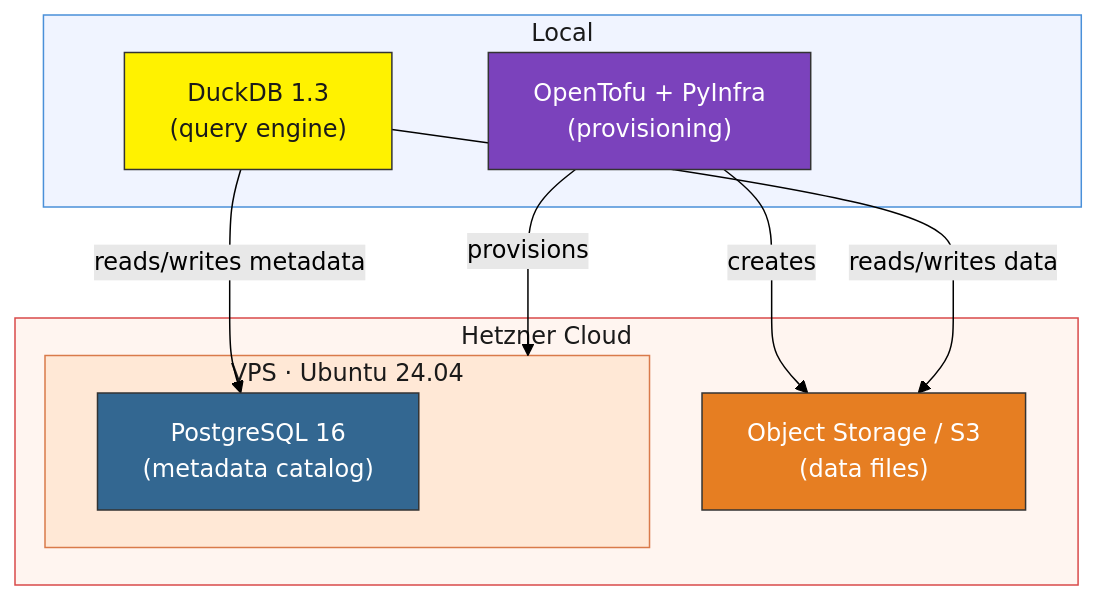
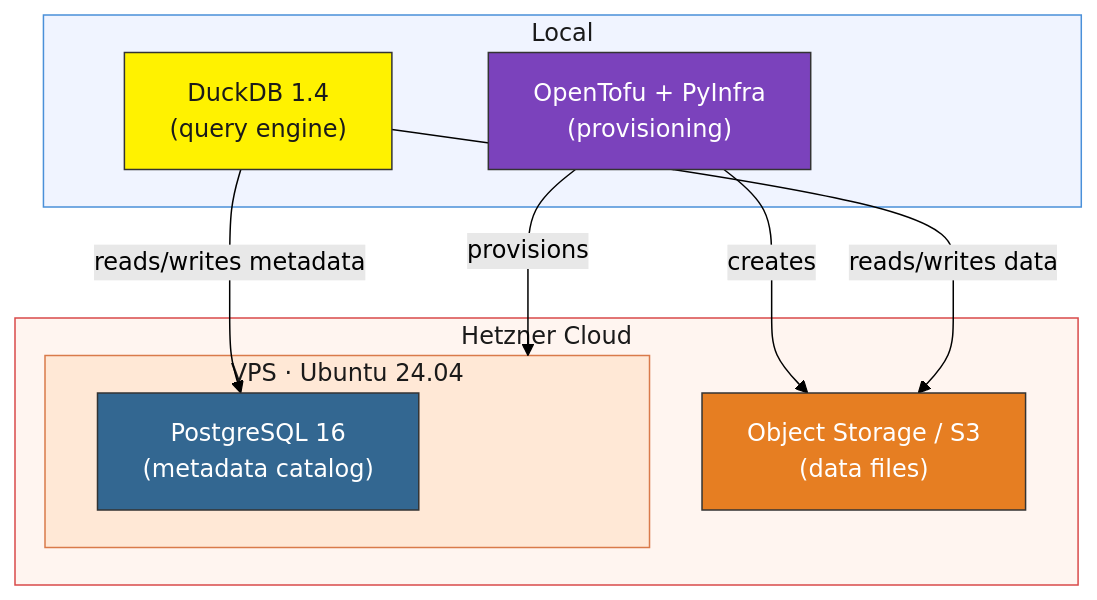
The diagram in README.md (kamleon-dev/data-ducklake-hetzner), drawn with Mermaid (forest theme) before and after one commit. The commit also changed other lines of this file, not shown here.

Commit message:
docs: pin DuckDB 1.4 and DuckLake 0.3 versions

````diff
--- a/README.md
+++ b/README.md
@@ -21,27 +21,27 @@
 ```mermaid
 graph TB
     subgraph local["Local"]
-        DuckDB["DuckDB 1.3<br/>(query engine)"]
+        DuckDB["DuckDB 1.4<br/>(query engine)"]
         OT["OpenTofu + PyInfra<br/>(provisioning)"]
     end
 
     subgraph hetzner["Hetzner Cloud"]
         subgraph vps["VPS · Ubuntu 24.04"]
             PG["PostgreSQL 16<br/>(metadata catalog)"]
         end
         S3["Object Storage / S3<br/>(data files)"]
     end
 
     OT -- "provisions" --> vps
     OT -- "creates" --> S3
     DuckDB -- "reads/writes metadata" --> PG
     DuckDB -- "reads/writes data" --> S3
 
     style local fill:#f0f4ff,stroke:#4a90d9,color:#1a1a1a
     style hetzner fill:#fff5f0,stroke:#d94a4a,color:#1a1a1a
     style vps fill:#ffe8d6,stroke:#d97a4a,color:#1a1a1a
     style DuckDB fill:#fff200,stroke:#333,color:#1a1a1a
     style PG fill:#336791,stroke:#333,color:#fff
     style S3 fill:#e67e22,stroke:#333,color:#fff
     style OT fill:#7b42bc,stroke:#333,color:#fff
 ```
````
